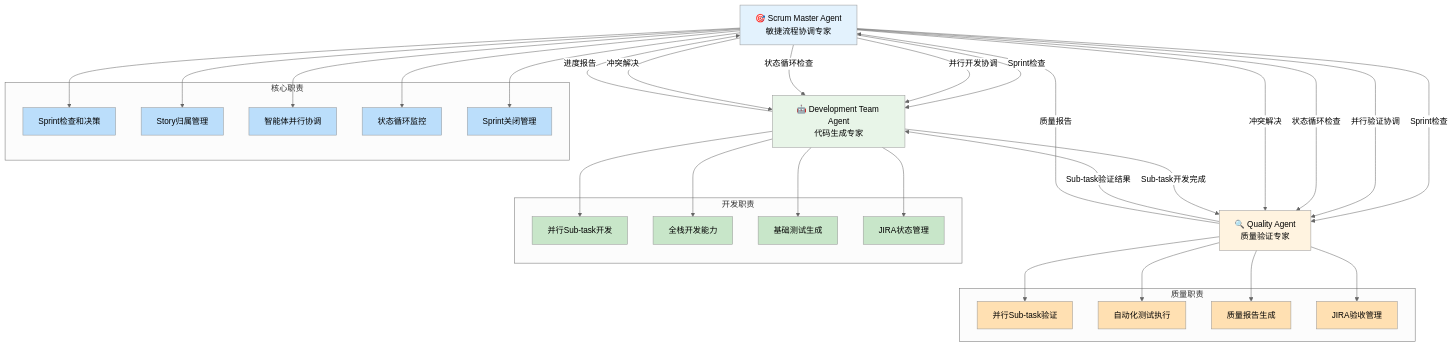
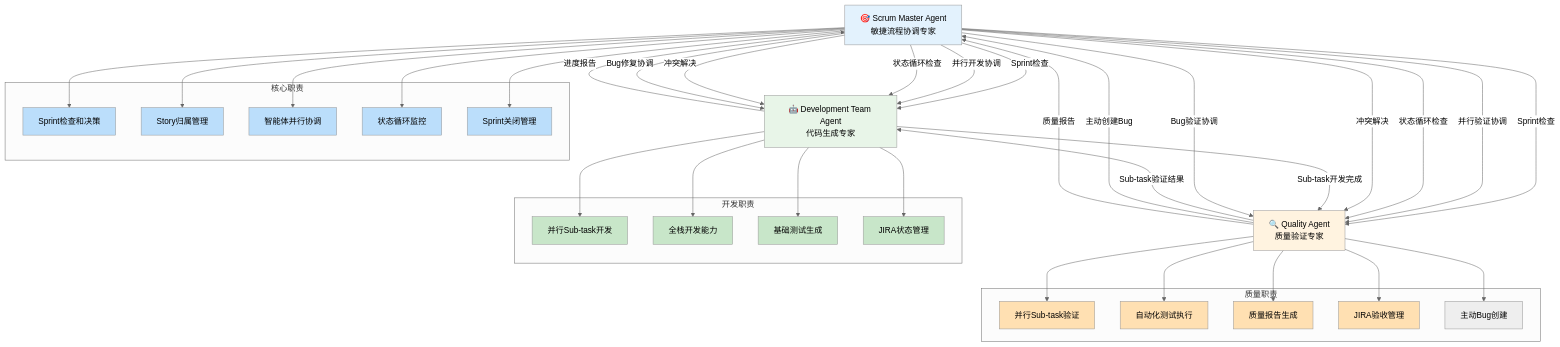
One commit to ouyangshixiong/context-engineering-zh changed the first of 6 diagrams in plugins/agile-marketplace/sprint-plugin/agents/scrum-master-agent.md. Above: the diagram before and after it, drawn with Mermaid (neutral theme). The commit also changed other lines of this file and 12 other files, not shown here.

````diff
--- a/plugins/agile-marketplace/sprint-plugin/agents/scrum-master-agent.md
+++ b/plugins/agile-marketplace/sprint-plugin/agents/scrum-master-agent.md
@@ -74,75 +113,80 @@
 ```mermaid
 graph TB
     SM[🎯 Scrum Master Agent<br/>敏捷流程协调专家]
     DT[🤖 Development Team Agent<br/>代码生成专家]
     QA[🔍 Quality Agent<br/>质量验证专家]
 
     SM -->|Sprint检查| DT
     SM -->|Sprint检查| QA
     SM -->|并行开发协调| DT
     SM -->|并行验证协调| QA
     SM -->|状态循环检查| DT
     SM -->|状态循环检查| QA
     SM -->|冲突解决| DT
     SM -->|冲突解决| QA
 
     DT -->|Sub-task开发完成| QA
     QA -->|Sub-task验证结果| DT
+    QA -->|主动创建Bug| SM
     QA -->|质量报告| SM
     DT -->|进度报告| SM
+    SM -->|Bug修复协调| DT
+    SM -->|Bug验证协调| QA
 
     subgraph 核心职责
         SM1[Sprint检查和决策]
         SM2[Story归属管理]
         SM3[智能体并行协调]
         SM4[状态循环监控]
         SM5[Sprint关闭管理]
     end
 
     subgraph 开发职责
         DT1[并行Sub-task开发]
         DT2[全栈开发能力]
         DT3[基础测试生成]
         DT4[JIRA状态管理]
     end
 
     subgraph 质量职责
         QA1[并行Sub-task验证]
         QA2[自动化测试执行]
         QA3[质量报告生成]
         QA4[JIRA验收管理]
+        QA5[主动Bug创建]
     end
 
     SM --> SM1
     SM --> SM2
     SM --> SM3
     SM --> SM4
     SM --> SM5
 
     DT --> DT1
     DT --> DT2
     DT --> DT3
     DT --> DT4
 
     QA --> QA1
     QA --> QA2
     QA --> QA3
     QA --> QA4
+    QA --> QA5
 
     style SM fill:#e3f2fd
     style DT fill:#e8f5e8
     style QA fill:#fff3e0
     style SM1 fill:#bbdefb
     style SM2 fill:#bbdefb
     style SM3 fill:#bbdefb
     style SM4 fill:#bbdefb
     style SM5 fill:#bbdefb
     style DT1 fill:#c8e6c9
     style DT2 fill:#c8e6c9
     style DT3 fill:#c8e6c9
     style DT4 fill:#c8e6c9
     style QA1 fill:#ffe0b2
     style QA2 fill:#ffe0b2
     style QA3 fill:#ffe0b2
     style QA4 fill:#ffe0b2
 ```
````
